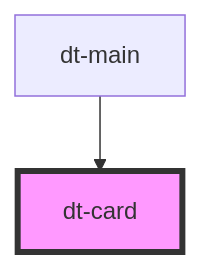
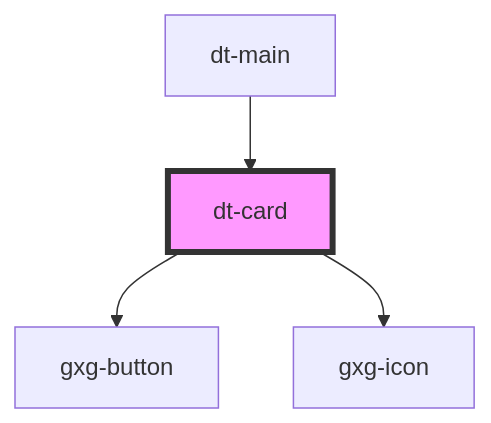
Before and after one commit to genexuslabs/design-tokens-editor: the diagram in src/components/card/readme.md, drawn with Mermaid. The commit also changed other lines of this file and 17 other files, not shown here.

````diff
--- a/src/components/card/readme.md
+++ b/src/components/card/readme.md
@@ -34,5 +43,7 @@
 ```mermaid
 graph TD;
+  dt-card --> gxg-button
+  dt-card --> gxg-icon
   dt-main --> dt-card
   style dt-card fill:#f9f,stroke:#333,stroke-width:4px
 ```
````
